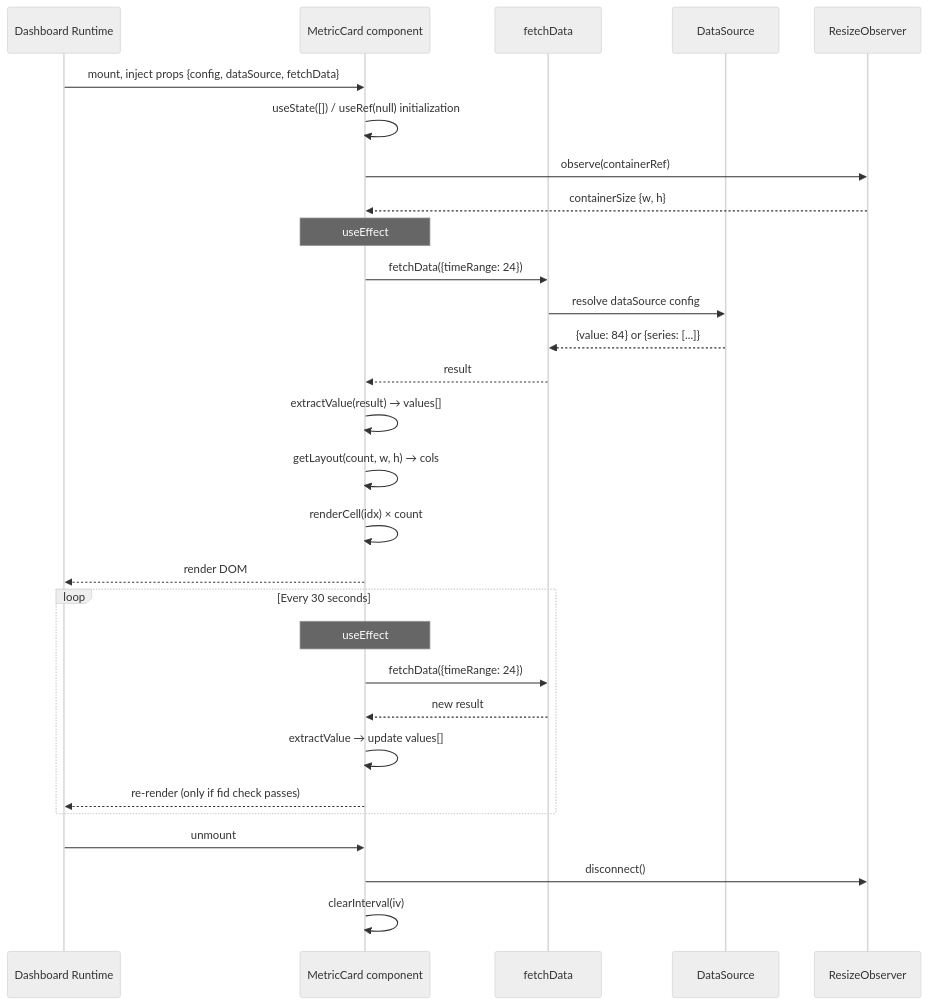
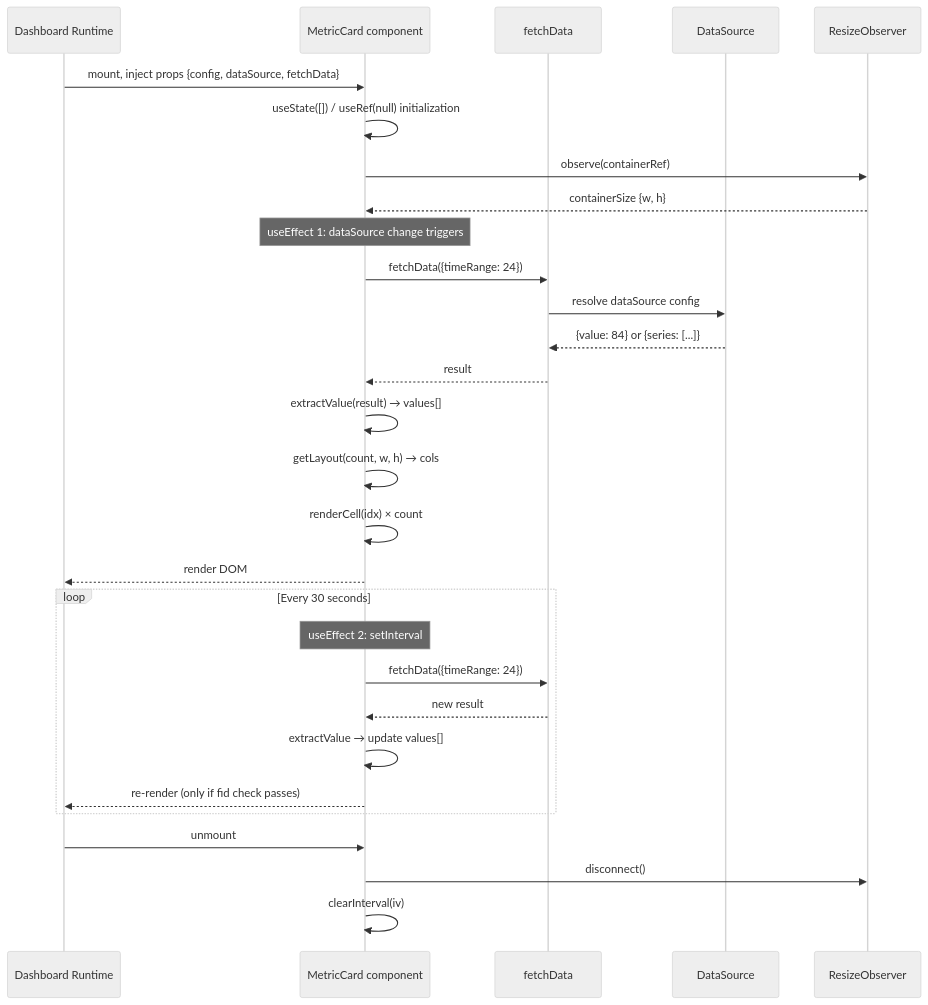
One commit to luommy/wiki-documents changed the second of 2 diagrams in i18n/en/docusaurus-plugin-content-docs/current/0-neomind/developer-guide/case-studies/6-metric-card-component.md. Above: the diagram before and after it, drawn with Mermaid (neutral theme). The commit also changed other lines of this file and 21 other files, not shown here.

````diff
--- a/i18n/en/docusaurus-plugin-content-docs/current/0-neomind/developer-guide/case-studies/6-metric-card-component.md
+++ b/i18n/en/docusaurus-plugin-content-docs/current/0-neomind/developer-guide/case-studies/6-metric-card-component.md
@@ -415,35 +415,35 @@
 ```mermaid
 sequenceDiagram
     participant RT as Dashboard Runtime
     participant MC as MetricCard component
     participant FD as fetchData
     participant DS as DataSource
     participant RO as ResizeObserver
 
     RT->>MC: mount, inject props {config, dataSource, fetchData}
     MC->>MC: useState([]) / useRef(null) initialization
     MC->>RO: observe(containerRef)
     RO-->>MC: containerSize {w, h}
 
-    Note over MC: useEffect #1: dataSource change triggers
+    Note over MC: useEffect 1: dataSource change triggers
     MC->>FD: fetchData({timeRange: 24})
     FD->>DS: resolve dataSource config
     DS-->>FD: {value: 84} or {series: [...]}
     FD-->>MC: result
     MC->>MC: extractValue(result) → values[]
     MC->>MC: getLayout(count, w, h) → cols
     MC->>MC: renderCell(idx) × count
     MC-->>RT: render DOM
 
     loop Every 30 seconds
-        Note over MC: useEffect #2: setInterval
+        Note over MC: useEffect 2: setInterval
         MC->>FD: fetchData({timeRange: 24})
         FD-->>MC: new result
         MC->>MC: extractValue → update values[]
         MC-->>RT: re-render (only if fid check passes)
     end
 
     RT->>MC: unmount
     MC->>RO: disconnect()
     MC->>MC: clearInterval(iv)
 ```
````
